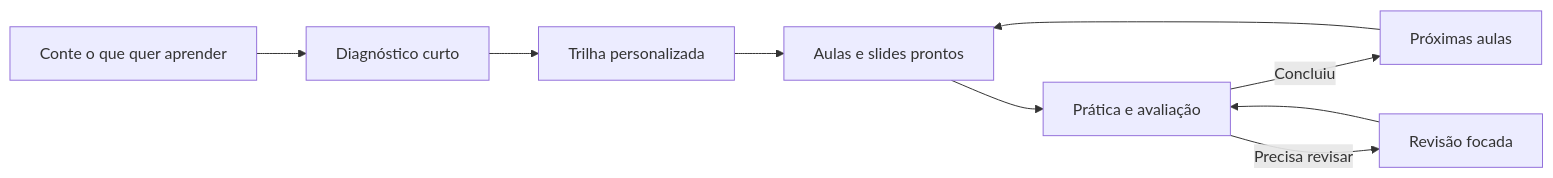
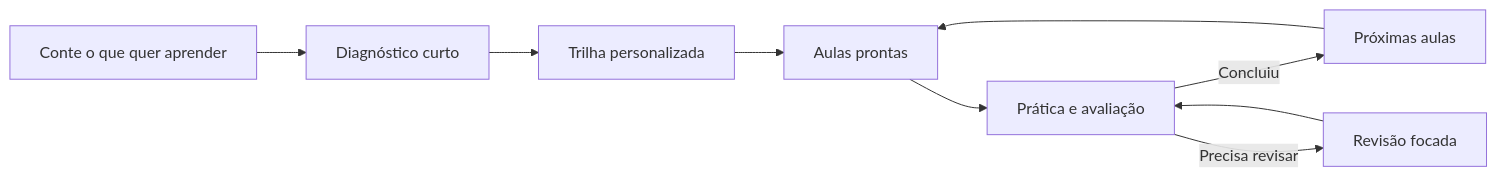
One commit to diegomoura/open-study-path changed the diagram in README.md. Above: the diagram before and after it, drawn with Mermaid. The commit also changed other lines of this file and 52 other files, not shown here.

````diff
--- a/README.md
+++ b/README.md
@@ -86,11 +85,11 @@
 ```mermaid
 flowchart LR
     I[Conte o que quer aprender] --> D[Diagnóstico curto]
     D --> R[Trilha personalizada]
-    R --> A[Aulas e slides prontos]
+    R --> A[Aulas prontas]
     A --> P[Prática e avaliação]
     P -->|Concluiu| N[Próximas aulas]
     P -->|Precisa revisar| V[Revisão focada]
     V --> P
     N --> A
 ```
````
